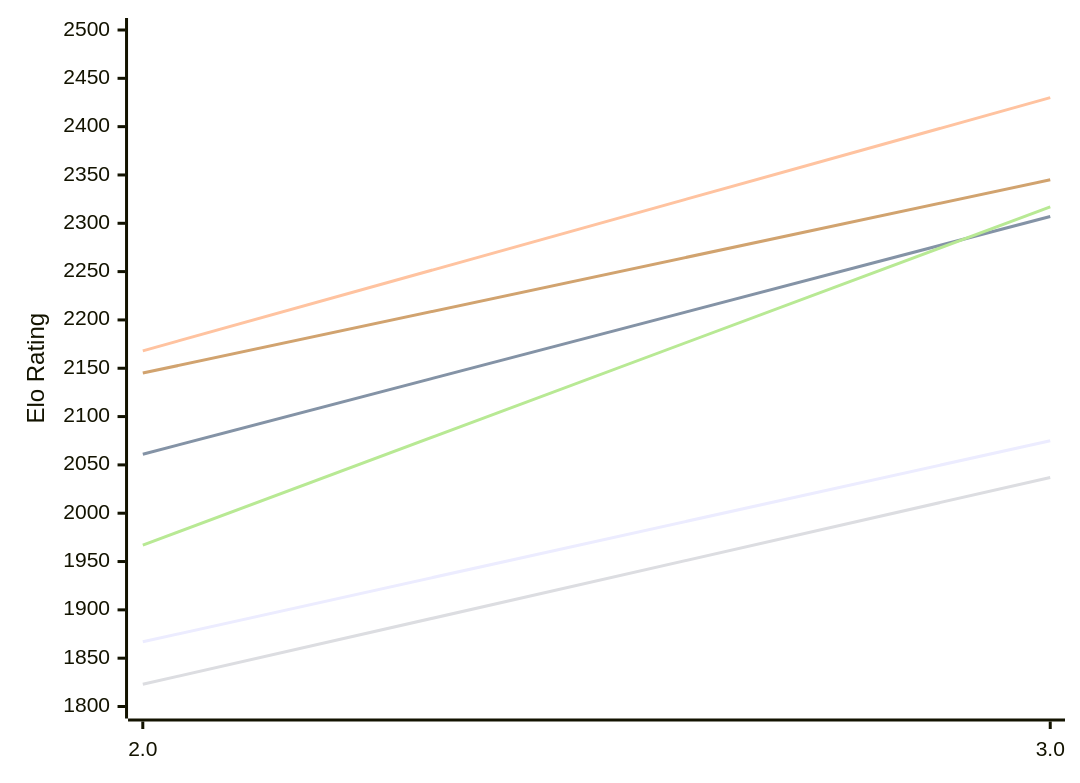
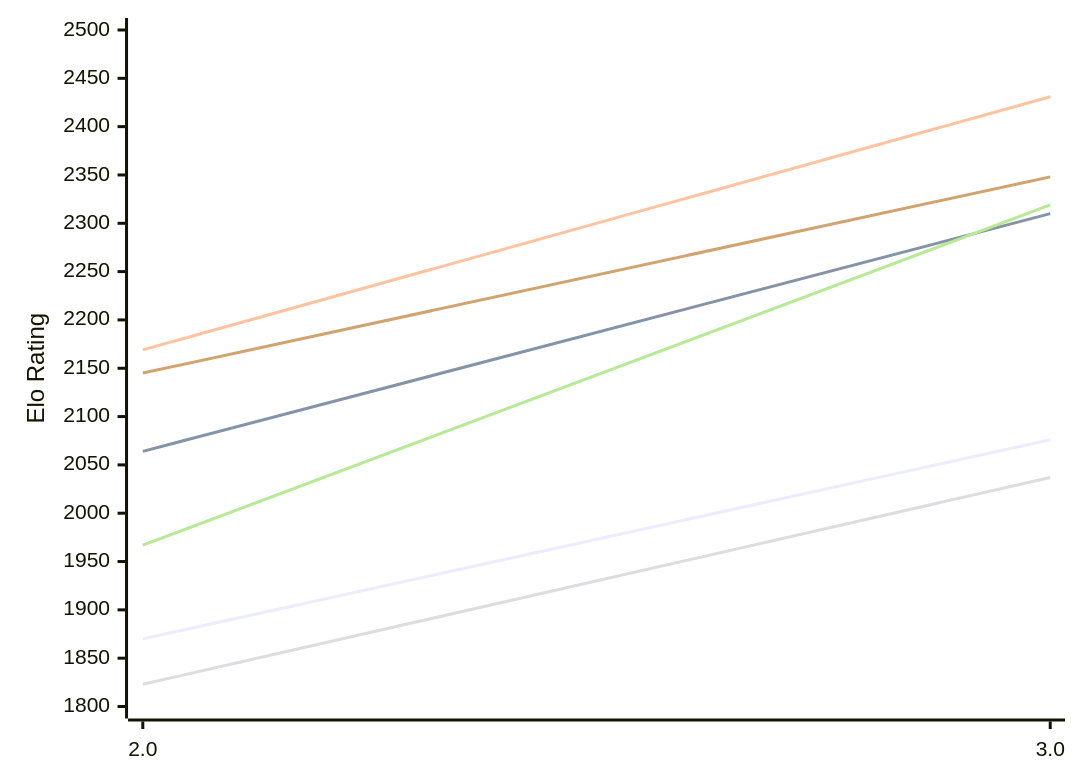
Before and after one commit to computer-chess-index/cci: the first of 2 diagrams in engines/Zeno.md, drawn with Mermaid. The commit also changed other lines of this file, not shown here.

Commit message:
Update CCI Ratings (ELO VLTC) - 2026-11-19

````diff
--- a/engines/Zeno.md
+++ b/engines/Zeno.md
@@ -50,12 +50,12 @@
 ```mermaid
 %%{init: {"theme":"base","themeVariables":{"seriesColors:['#a3a3a3','#222221','#faa371']}}}%%
 xychart-beta
   x-axis ["2.0", "3.0"]
   y-axis "Elo Rating" 1800 --> 2500
-  line "E1: STC (8.0+0.08s)" [1867, 2075]
-  line "E1: LTC (60.0+0.60s)" [2061, 2307]
-  line "E1: VLTC (2m24s+1.12s)" [2168, 2430]
+  line "E1: STC (8.0+0.08s)" [1870, 2076]
+  line "E1: LTC (60.0+0.60s)" [2064, 2310]
+  line "E1: VLTC (2m24s+1.12s)" [2169, 2431]
   line "P1: STC (8.0+0.08s)" [1823, 2037]
-  line "P1: LTC (60.0+0.60s)" [1967, 2317]
-  line "P1: VLTC (2m24s+1.12s)" [2145, 2345]
+  line "P1: LTC (60.0+0.60s)" [1967, 2319]
+  line "P1: VLTC (2m24s+1.12s)" [2145, 2348]
 ```
````
